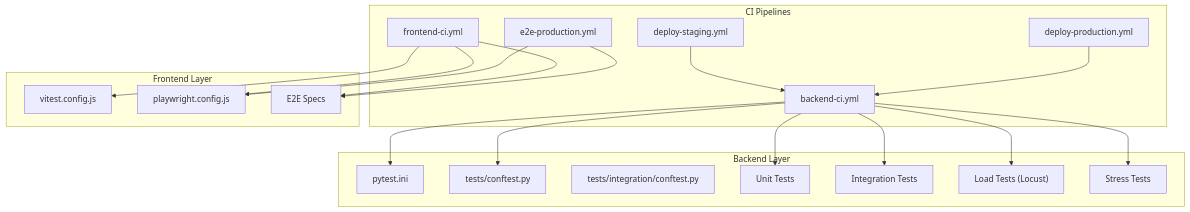
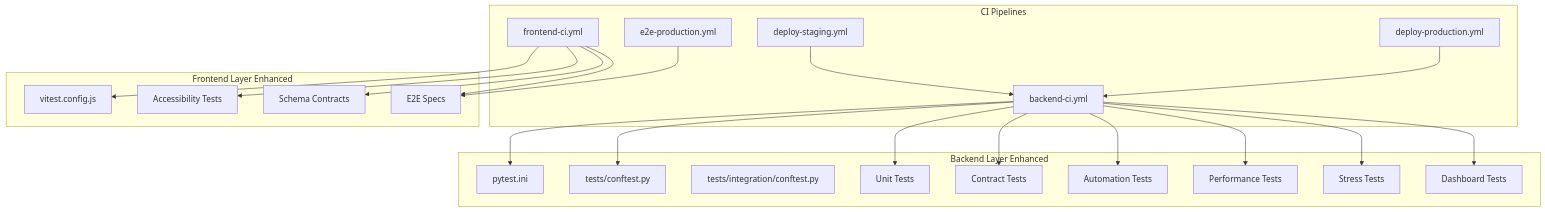
Before and after one commit to rohitkumarnaidu/-Auto-AI-Automated-Academic-Docx-Manuscript-Formatter: the second of 13 diagrams in .qoder/repowiki/en/content/Testing Strategy/Testing Strategy.md, drawn with Mermaid. The commit also changed other lines of this file and 6 other files, not shown here.

````diff
--- a/.qoder/repowiki/en/content/Testing Strategy/Testing Strategy.md
+++ b/.qoder/repowiki/en/content/Testing Strategy/Testing Strategy.md
@@ -127,37 +169,42 @@
 ```mermaid
 graph TB
 subgraph "CI Pipelines"
 BCI["backend-ci.yml"]
 FCI["frontend-ci.yml"]
 E2EPROD["e2e-production.yml"]
 DEPSTAGE["deploy-staging.yml"]
 DEPPROD["deploy-production.yml"]
 end
-subgraph "Backend Layer"
+subgraph "Backend Layer Enhanced"
 PYCONF["pytest.ini"]
 CONFT["tests/conftest.py"]
 INTCONFT["tests/integration/conftest.py"]
 UNIT["Unit Tests"]
-INTEGR["Integration Tests"]
-LOAD["Load Tests (Locust)"]
+CONTRACT["Contract Tests"]
+AUTOMATION["Automation Tests"]
+PERFORMANCE["Performance Tests"]
 STRESS["Stress Tests"]
+DASHBOARD["Dashboard Tests"]
 end
-subgraph "Frontend Layer"
+subgraph "Frontend Layer Enhanced"
 VCONF["vitest.config.js"]
-PWCONF["playwright.config.js"]
+A11Y["Accessibility Tests"]
+SCHEMA["Schema Contracts"]
 E2ESPECS["E2E Specs"]
 end
 BCI --> PYCONF
 BCI --> CONFT
 BCI --> UNIT
-BCI --> INTEGR
-BCI --> LOAD
+BCI --> CONTRACT
+BCI --> AUTOMATION
+BCI --> PERFORMANCE
 BCI --> STRESS
+BCI --> DASHBOARD
 FCI --> VCONF
-FCI --> PWCONF
+FCI --> A11Y
+FCI --> SCHEMA
 FCI --> E2ESPECS
-E2EPROD --> PWCONF
 E2EPROD --> E2ESPECS
 DEPSTAGE --> BCI
 DEPPROD --> BCI
 ```
````
